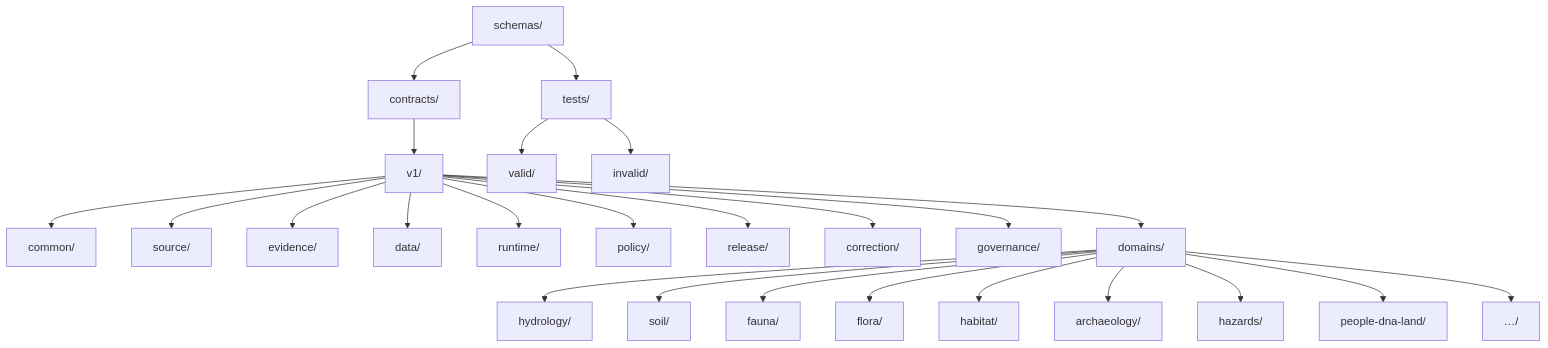
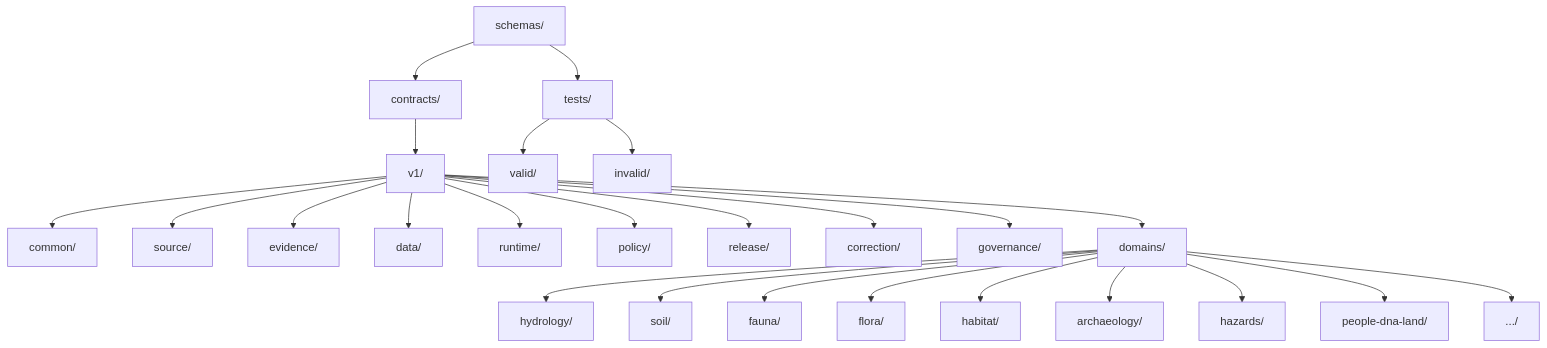
The second of 3 diagrams in docs/adr/ADR-0001-schema-home--schemas-contracts-v1-is-canonical.md (bartytime4life/Kansas-Frontier-Matrix), drawn with Mermaid before and after one commit. The commit also changed other lines of this file, not shown here.

````diff
--- a/docs/adr/ADR-0001-schema-home--schemas-contracts-v1-is-canonical.md
+++ b/docs/adr/ADR-0001-schema-home--schemas-contracts-v1-is-canonical.md
@@ -172,28 +208,31 @@
 ```mermaid
 flowchart TB
     R["schemas/"]
     R --> C["contracts/"]
     C --> V["v1/"]
+
     V --> CMN["common/"]
     V --> SRC["source/"]
     V --> EVD["evidence/"]
     V --> DAT["data/"]
     V --> RTM["runtime/"]
     V --> POL["policy/"]
     V --> REL["release/"]
     V --> COR["correction/"]
     V --> GOV["governance/"]
+
     V --> DOM["domains/"]
     DOM --> H["hydrology/"]
     DOM --> S["soil/"]
     DOM --> F["fauna/"]
     DOM --> FL["flora/"]
     DOM --> HB["habitat/"]
     DOM --> AR["archaeology/"]
     DOM --> HZ["hazards/"]
     DOM --> PDL["people-dna-land/"]
-    DOM --> ETC["…/"]
+    DOM --> ETC[".../"]
+
     R --> T["tests/"]
     T --> TV["valid/"]
     T --> TI["invalid/"]
 ```
````
